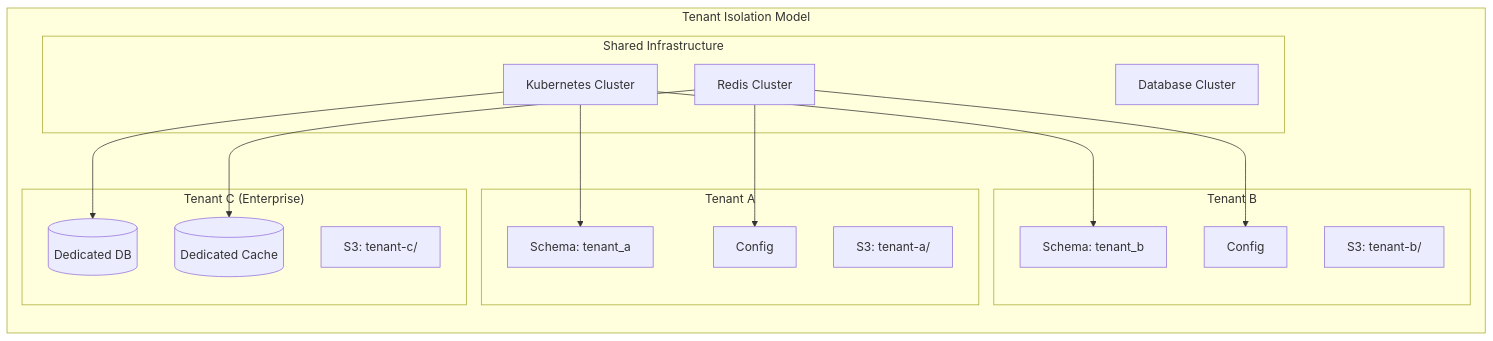
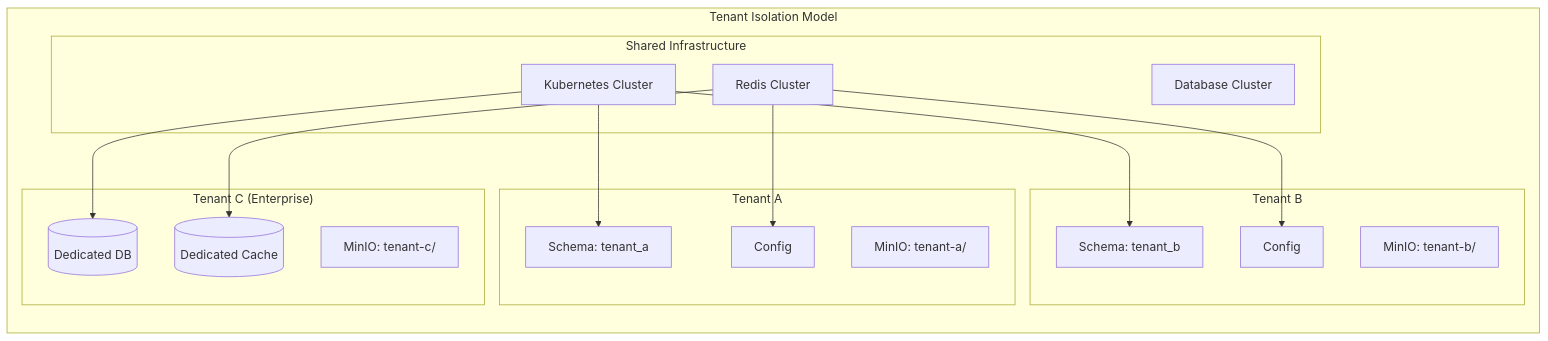
The sixth of 28 diagrams in docs/ARCHITECTURE.md (MuhibNayem/SkillForge), drawn with Mermaid before and after one commit. The commit also changed other lines of this file and 108 other files, not shown here.

Commit message:
feat: Implement initial microservices architecture for SkillForge, including Go services, Svelte client, and foundational infrastructure.

````diff
--- a/docs/ARCHITECTURE.md
+++ b/docs/ARCHITECTURE.md
@@ -390,36 +390,36 @@
 ```mermaid
 flowchart LR
     subgraph "Tenant Isolation Model"
         subgraph "Shared Infrastructure"
             k8s[Kubernetes Cluster]
             rds[Database Cluster]
             cache[Redis Cluster]
         end
         
         subgraph "Tenant A"
             schema_a[Schema: tenant_a]
-            bucket_a[S3: tenant-a/]
+            bucket_a[MinIO: tenant-a/]
             config_a[Config]
         end
         
         subgraph "Tenant B"
             schema_b[Schema: tenant_b]
-            bucket_b[S3: tenant-b/]
+            bucket_b[MinIO: tenant-b/]
             config_b[Config]
         end
         
         subgraph "Tenant C (Enterprise)"
             dedicated_db[(Dedicated DB)]
             dedicated_cache[(Dedicated Cache)]
-            bucket_c[S3: tenant-c/]
+            bucket_c[MinIO: tenant-c/]
         end
     end
     
     k8s --> schema_a
     k8s --> schema_b
     k8s --> dedicated_db
     
     cache --> config_a
     cache --> config_b
     cache --> dedicated_cache
 ```
````
